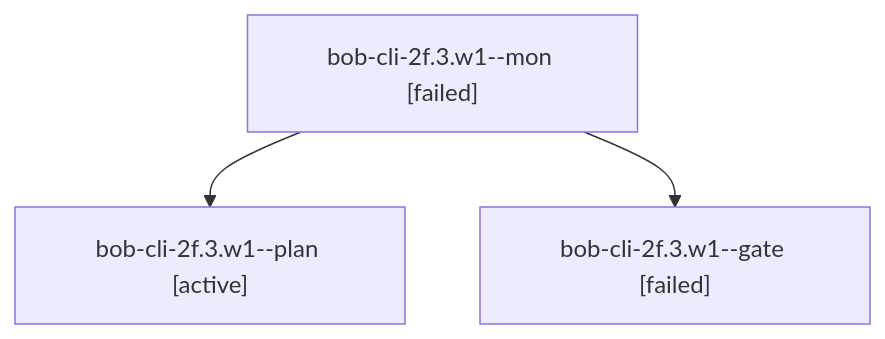
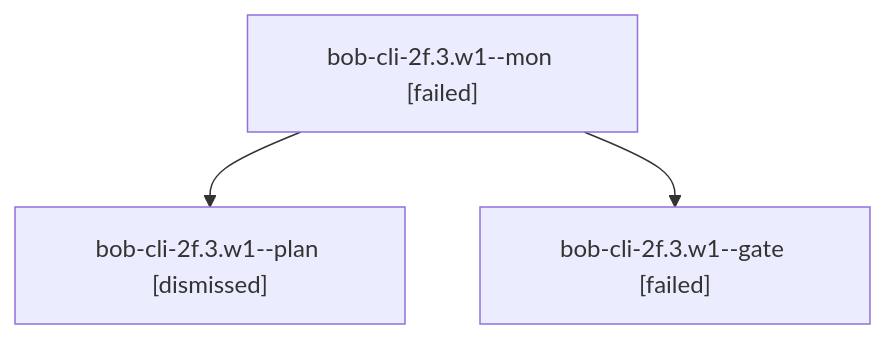
Before and after one commit to bobs-org/bob-cli--agents: the diagram in sessions/bbugyi200.apollo.bob-cli-2f.3.w1.md, drawn with Mermaid. The commit also changed other lines of this file and 149 other files, not shown here.

````diff
--- a/sessions/bbugyi200.apollo.bob-cli-2f.3.w1.md
+++ b/sessions/bbugyi200.apollo.bob-cli-2f.3.w1.md
@@ -9,8 +9,8 @@
 ```mermaid
 flowchart TD
   n0["bob-cli-2f.3.w1--mon [failed]"]
-  n1["bob-cli-2f.3.w1--plan [active]"]
+  n1["bob-cli-2f.3.w1--plan [dismissed]"]
   n0 --> n1
   n2["bob-cli-2f.3.w1--gate [failed]"]
   n0 --> n2
 ```
````
